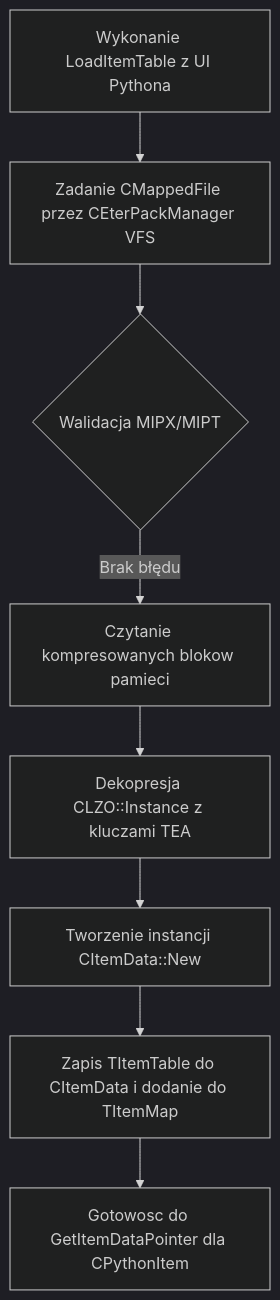
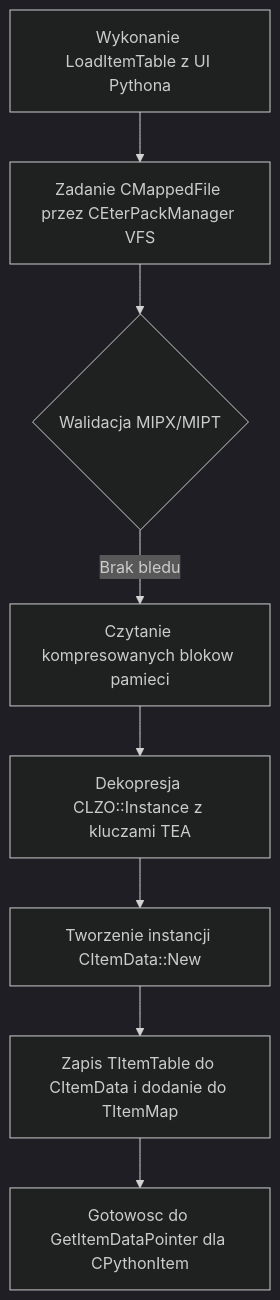
The first of 2 diagrams in docs/02_subsystems/19_gamelib_item_fly.md (vanechkavanya15-max/x64ClientMine), drawn with Mermaid (dark theme) before and after one commit. The commit also changed other lines of this file, not shown here.

````diff
--- a/docs/02_subsystems/19_gamelib_item_fly.md
+++ b/docs/02_subsystems/19_gamelib_item_fly.md
@@ -17,10 +17,10 @@
 ```mermaid
 graph TD
     A[Wykonanie LoadItemTable z UI Pythona] --> B[Zadanie CMappedFile przez CEterPackManager VFS]
     B --> C{Walidacja MIPX/MIPT}
-    C -->|Brak błędu| D[Czytanie kompresowanych blokow pamieci]
+    C -->|Brak bledu| D[Czytanie kompresowanych blokow pamieci]
     D --> E[Dekopresja CLZO::Instance z kluczami TEA]
     E --> F[Tworzenie instancji CItemData::New]
     F --> G[Zapis TItemTable do CItemData i dodanie do TItemMap]
     G --> H[Gotowosc do GetItemDataPointer dla CPythonItem]
 ```
````
